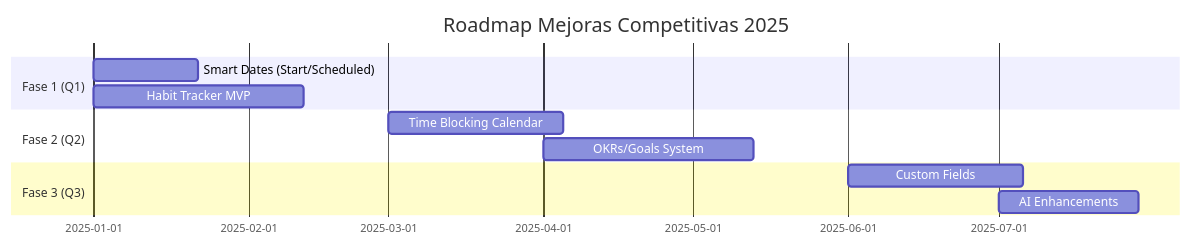
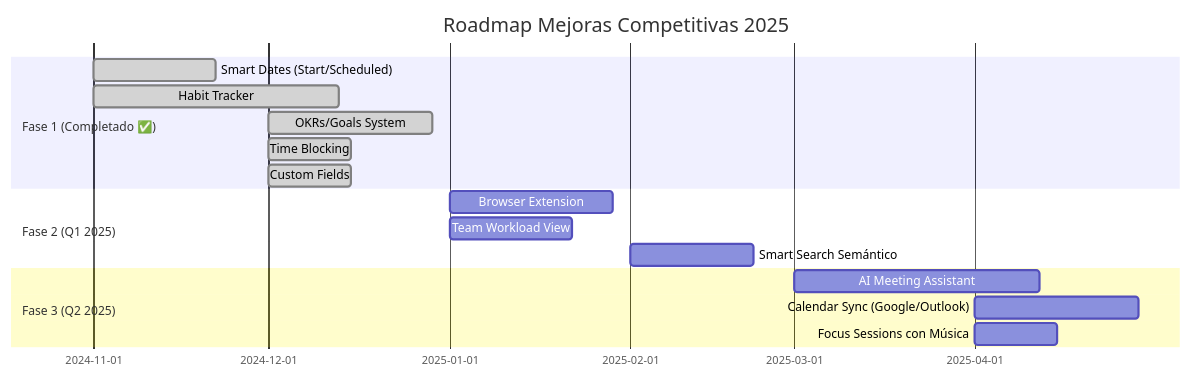
The diagram in docs/mejoras-competencia/README.md (tiagofur/ordo-todo), drawn with Mermaid before and after one commit. The commit also changed other lines of this file and 16 other files, not shown here.

````diff
--- a/docs/mejoras-competencia/README.md
+++ b/docs/mejoras-competencia/README.md
@@ -37,17 +63,22 @@
 ```mermaid
 gantt
     title Roadmap Mejoras Competitivas 2025
     dateFormat  YYYY-MM
     
-    section Fase 1 (Q1)
-    Smart Dates (Start/Scheduled)    :2025-01, 3w
-    Habit Tracker MVP               :2025-01, 6w
+    section Fase 1 (Completado ✅)
+    Smart Dates (Start/Scheduled)    :done, 2024-11, 3w
+    Habit Tracker                   :done, 2024-11, 6w
+    OKRs/Goals System               :done, 2024-12, 4w
+    Time Blocking                   :done, 2024-12, 2w
+    Custom Fields                   :done, 2024-12, 2w
     
-    section Fase 2 (Q2)
-    Time Blocking Calendar          :2025-03, 5w
-    OKRs/Goals System               :2025-04, 6w
+    section Fase 2 (Q1 2025)
+    Browser Extension               :2025-01, 4w
+    Team Workload View              :2025-01, 3w
+    Smart Search Semántico          :2025-02, 3w
     
-    section Fase 3 (Q3)
-    Custom Fields                   :2025-06, 5w
-    AI Enhancements                 :2025-07, 4w
+    section Fase 3 (Q2 2025)
+    AI Meeting Assistant            :2025-03, 6w
+    Calendar Sync (Google/Outlook)  :2025-04, 4w
+    Focus Sessions con Música       :2025-04, 2w
 ```
````
